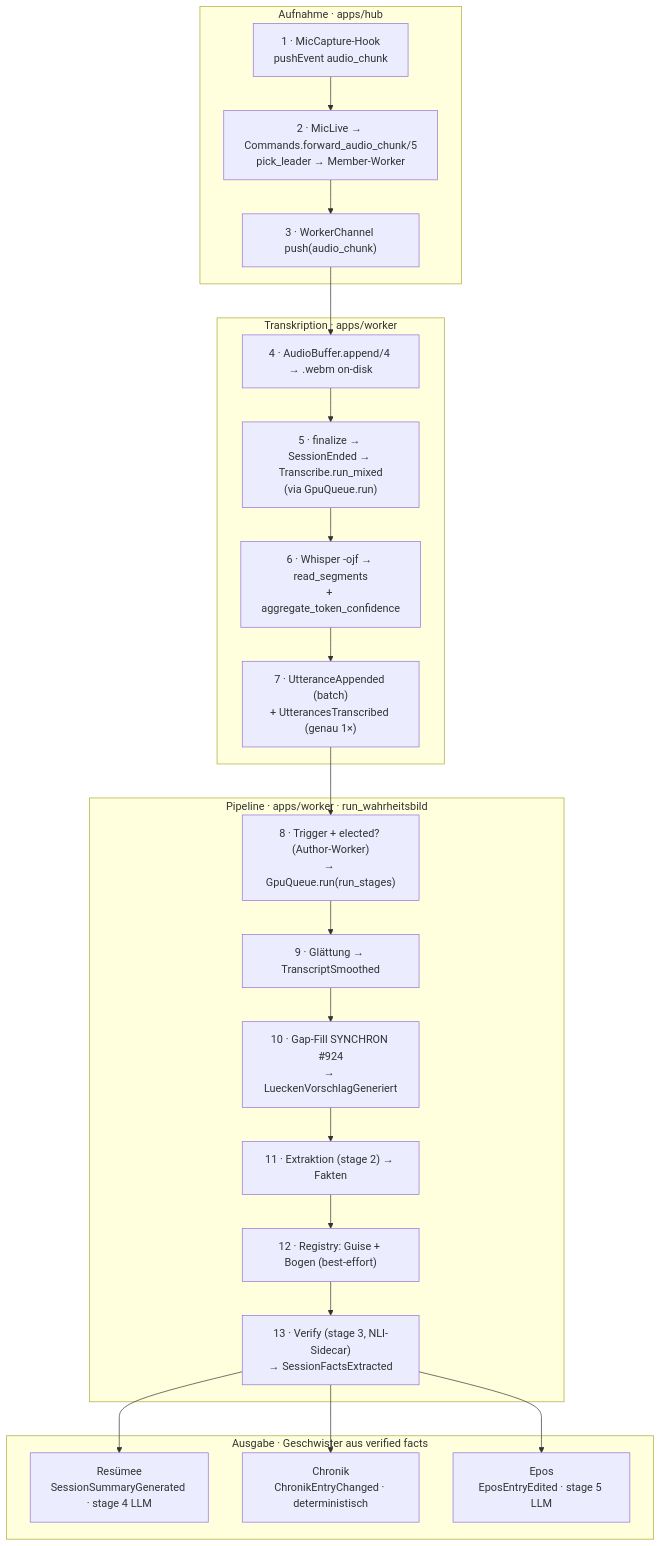
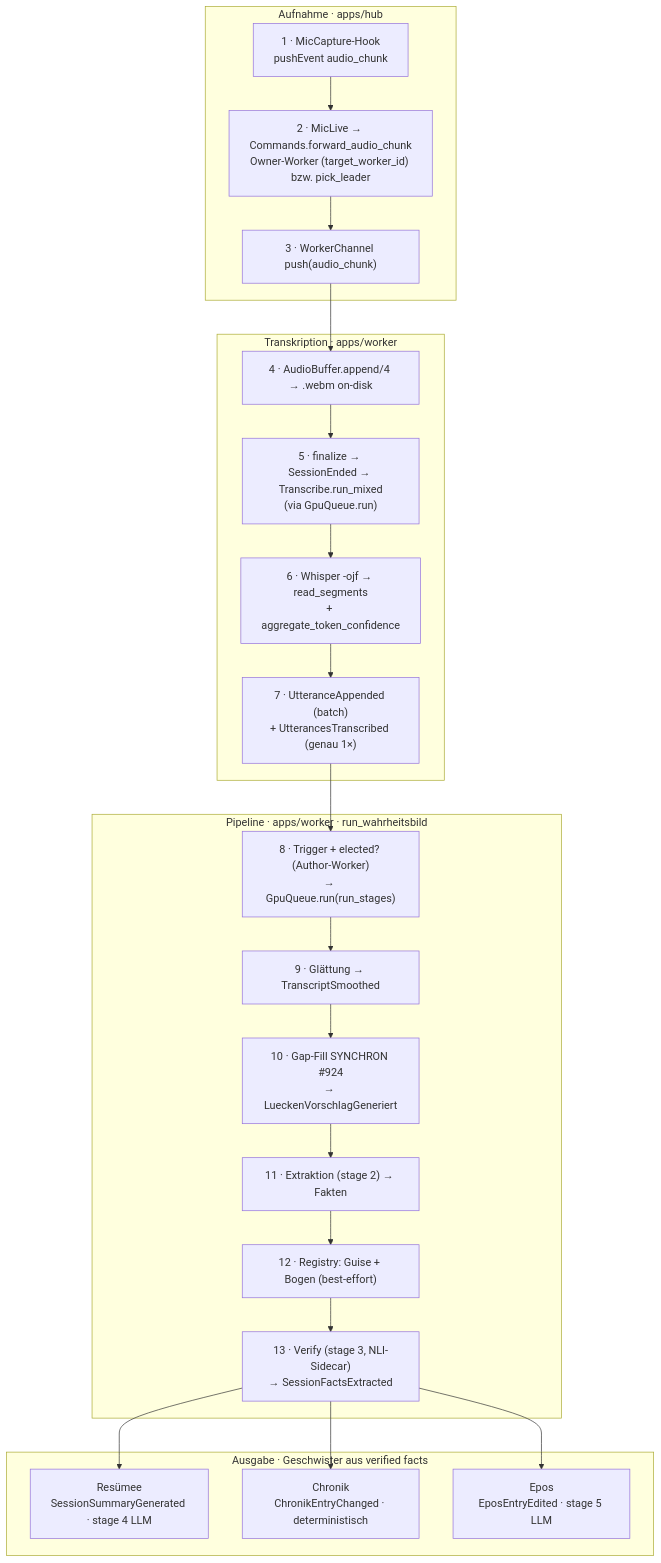
One commit to thschwald-byte/lore-tracker changed the diagram in docs/Pipeline-Flow.md. Above: the diagram before and after it, drawn with Mermaid. The commit also changed 13 other files, not shown here.

First line of the commit message:
#949: Verwaiste Outbox-Chunks an den Owner-Worker nachliefern (statt aufgeben)

````diff
--- a/docs/Pipeline-Flow.md
+++ b/docs/Pipeline-Flow.md
@@ -15,33 +15,33 @@
 ```mermaid
 flowchart TD
   subgraph A["Aufnahme · apps/hub"]
     A1["1 · MicCapture-Hook<br/>pushEvent audio_chunk"]
-    A2["2 · MicLive → Commands.forward_audio_chunk/5<br/>pick_leader → Member-Worker"]
+    A2["2 · MicLive → Commands.forward_audio_chunk<br/>Owner-Worker (target_worker_id) bzw. pick_leader"]
     A3["3 · WorkerChannel push(audio_chunk)"]
   end
   subgraph B["Transkription · apps/worker"]
     B4["4 · AudioBuffer.append/4 → .webm on-disk"]
     B5["5 · finalize → SessionEnded → Transcribe.run_mixed<br/>(via GpuQueue.run)"]
     B6["6 · Whisper -ojf → read_segments<br/>+ aggregate_token_confidence"]
     B7["7 · UtteranceAppended (batch)<br/>+ UtterancesTranscribed (genau 1×)"]
   end
   subgraph C["Pipeline · apps/worker · run_wahrheitsbild"]
     C8["8 · Trigger + elected? (Author-Worker)<br/>→ GpuQueue.run(run_stages)"]
     C9["9 · Glättung → TranscriptSmoothed"]
     C10["10 · Gap-Fill SYNCHRON #924<br/>→ LueckenVorschlagGeneriert"]
     C11["11 · Extraktion (stage 2) → Fakten"]
     C12["12 · Registry: Guise + Bogen (best-effort)"]
     C13["13 · Verify (stage 3, NLI-Sidecar)<br/>→ SessionFactsExtracted"]
   end
   subgraph OUT["Ausgabe · Geschwister aus verified facts"]
     O1["Resümee<br/>SessionSummaryGenerated · stage 4 LLM"]
     O2["Chronik<br/>ChronikEntryChanged · deterministisch"]
     O3["Epos<br/>EposEntryEdited · stage 5 LLM"]
   end
   A1 --> A2 --> A3 --> B4
   B4 --> B5 --> B6 --> B7 --> C8
   C8 --> C9 --> C10 --> C11 --> C12 --> C13
   C13 --> O1
   C13 --> O2
   C13 --> O3
 ```
````
